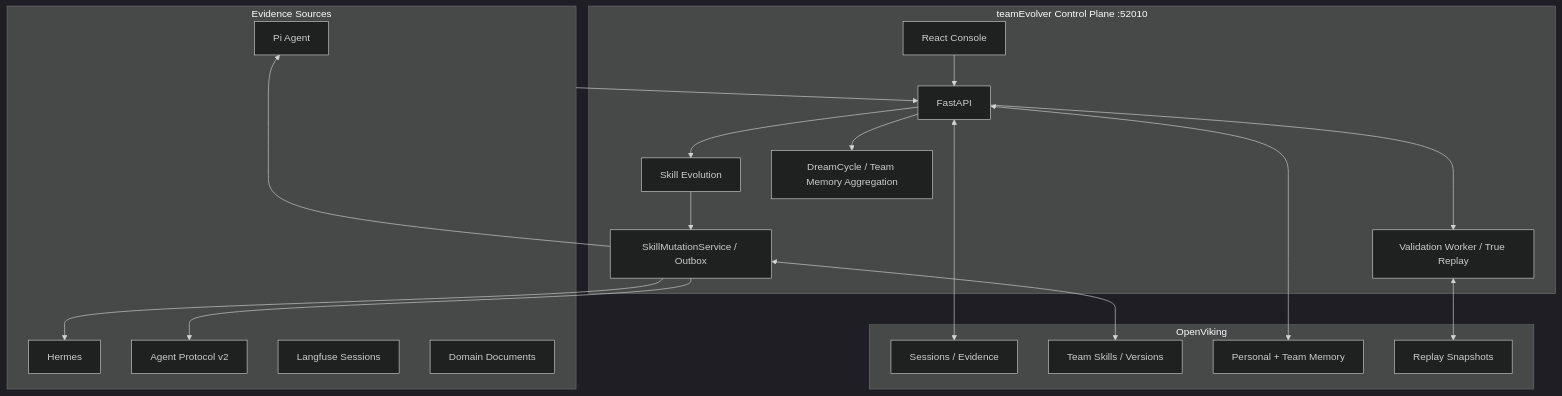
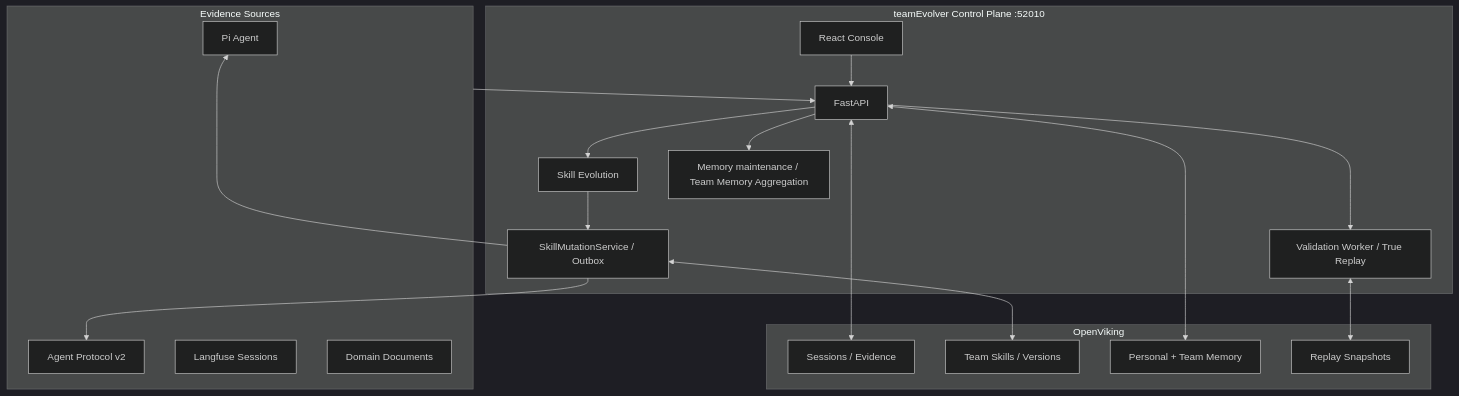
The second of 2 diagrams in README.en.md (leoriczhang/teamEvolver), drawn with Mermaid (dark theme) before and after one commit. The commit also changed other lines of this file and 607 other files, not shown here.

````diff
--- a/README.en.md
+++ b/README.en.md
@@ -87,40 +91,38 @@
 ```mermaid
 flowchart TB
     subgraph Sources["Evidence Sources"]
         Pi["Pi Agent"]
-        Hermes["Hermes"]
         Generic["Agent Protocol v2"]
         LFIn["Langfuse Sessions"]
         Docs["Domain Documents"]
     end
 
     subgraph Control["teamEvolver Control Plane :52010"]
         Console["React Console"]
         API["FastAPI"]
         Evolution["Skill Evolution"]
         Replay["Validation Worker / True Replay"]
-        Memory["DreamCycle / Team Memory Aggregation"]
+        Memory["Memory maintenance / Team Memory Aggregation"]
         Mutation["SkillMutationService / Outbox"]
     end
 
     subgraph Context["OpenViking"]
         Sessions["Sessions / Evidence"]
         Skills["Team Skills / Versions"]
         Memories["Personal + Team Memory"]
         Snapshots["Replay Snapshots"]
     end
 
     Sources --> API
     Console --> API
     API --> Evolution
     API --> Replay
     API --> Memory
     Evolution --> Mutation
     Mutation <--> Skills
     API <--> Sessions
     API <--> Memories
     Replay <--> Snapshots
     Mutation --> Pi
-    Mutation --> Hermes
     Mutation --> Generic
 ```
````
